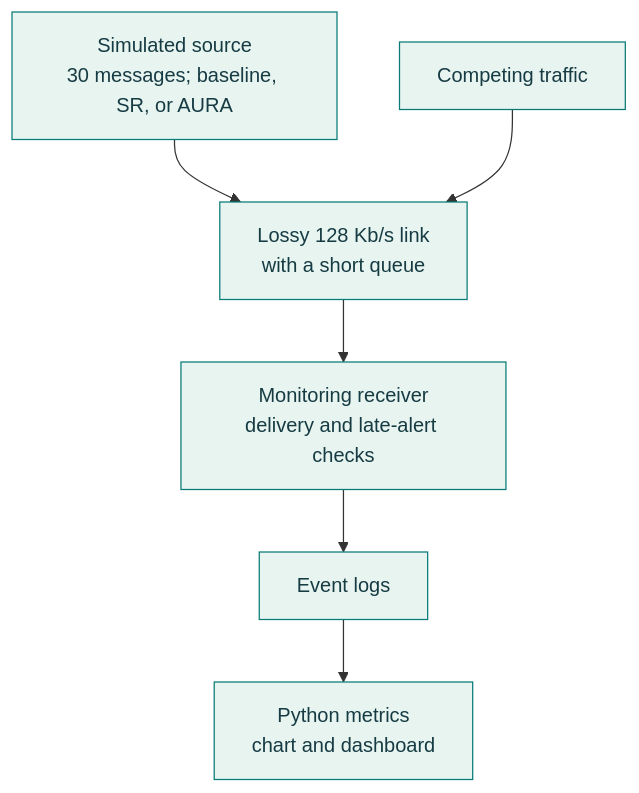
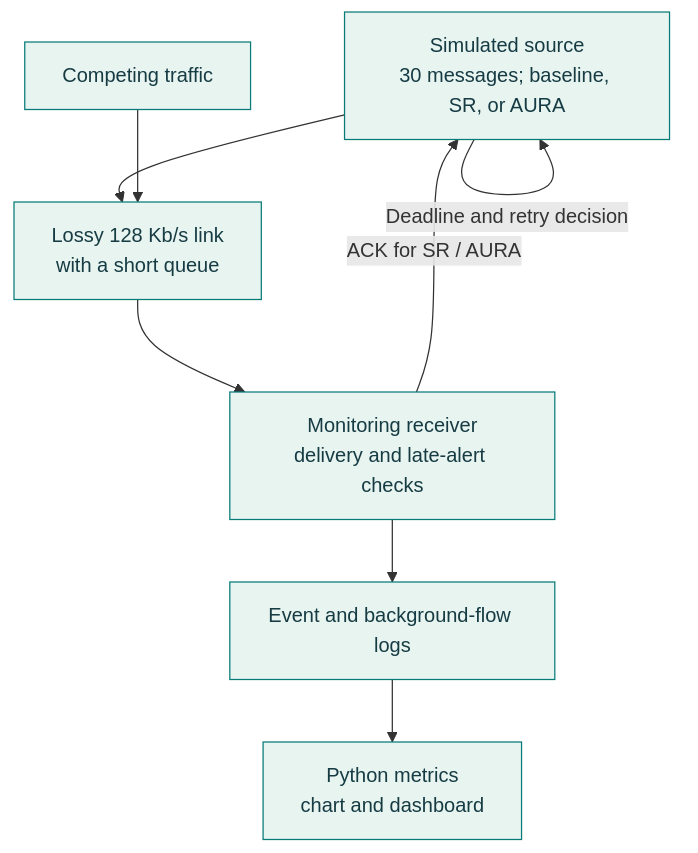
One commit to purvi126/AURA-UDP changed the first of 2 diagrams in README.md. Above: the diagram before and after it, drawn with Mermaid. The commit also changed other lines of this file and 37 other files, not shown here.

````diff
--- a/README.md
+++ b/README.md
@@ -17,7 +17,9 @@
 ```mermaid
 flowchart TB
-  N1["Simulated source<br/>30 messages; baseline, SR, or AURA"] --> N2["Lossy 128 Kb/s link<br/>with a short queue"] --> N3["Monitoring receiver<br/>delivery and late-alert checks"] --> N4["Event logs"] --> N5["Python metrics<br/>chart and dashboard"]
+  N1["Simulated source<br/>30 messages; baseline, SR, or AURA"] --> N2["Lossy 128 Kb/s link<br/>with a short queue"] --> N3["Monitoring receiver<br/>delivery and late-alert checks"] --> N4["Event and background-flow logs"] --> N5["Python metrics<br/>chart and dashboard"]
+  N3 -- "ACK for SR / AURA" --> N1
+  N1 -- "Deadline and retry decision" --> N1
   B["Competing traffic"] --> N2
   classDef simulation fill:#e7f4f0,stroke:#087b78,color:#163b43
   class N1,N2,N3,N4,N5,B simulation
 ```
````
